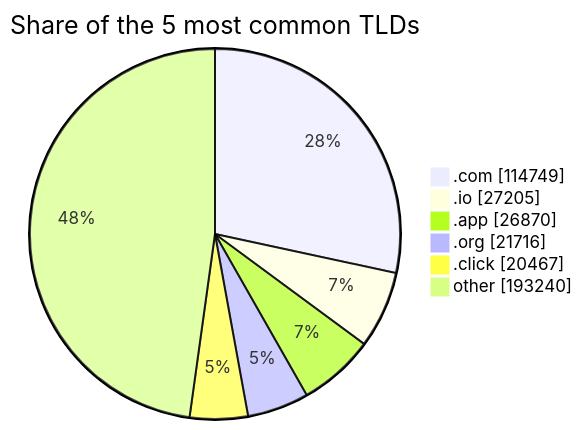
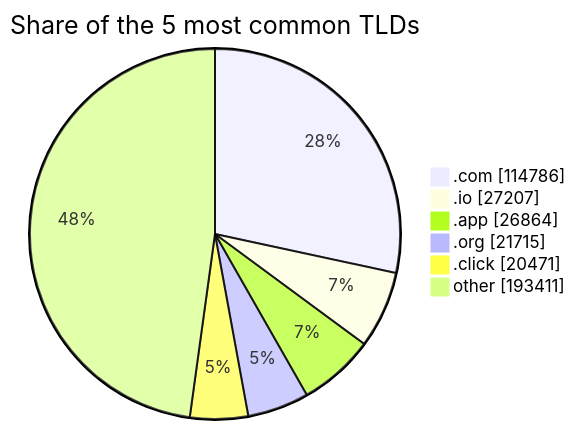
One commit to DNSBunker/CTI changed the third of 3 diagrams in README.md. Above: the diagram before and after it, drawn with Mermaid. The commit also changed other lines of this file and 3 other files, not shown here.

````diff
--- a/README.md
+++ b/README.md
@@ -81,9 +81,9 @@
 ```mermaid
 pie showData title Share of the 5 most common TLDs
-    ".com" : 114749
-    ".io" : 27205
-    ".app" : 26870
-    ".org" : 21716
-    ".click" : 20467
-    "other" : 193240
+    ".com" : 114786
+    ".io" : 27207
+    ".app" : 26864
+    ".org" : 21715
+    ".click" : 20471
+    "other" : 193411
 ```
````
